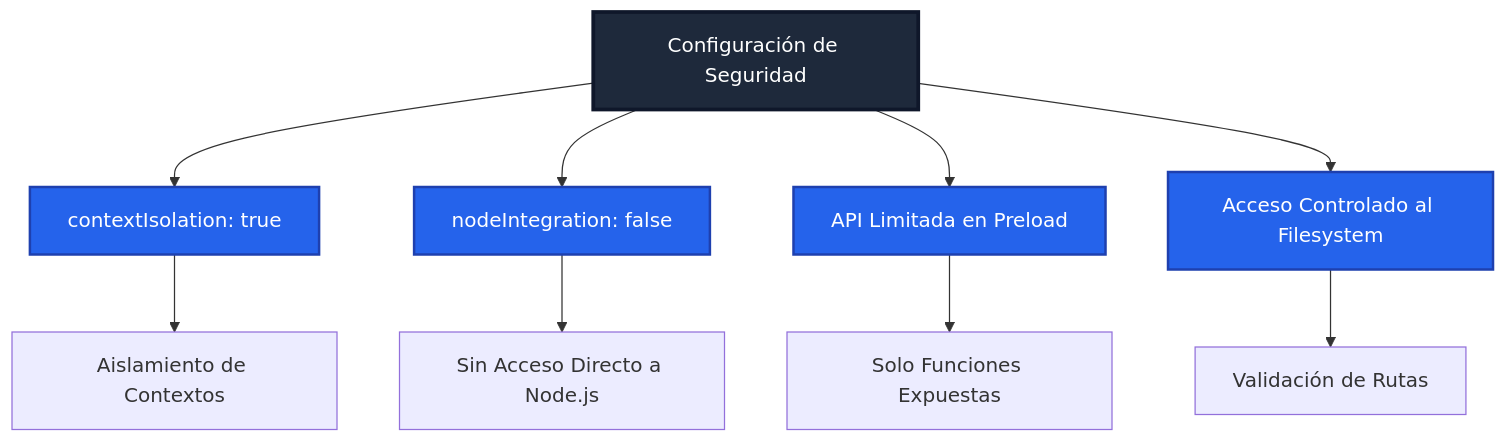
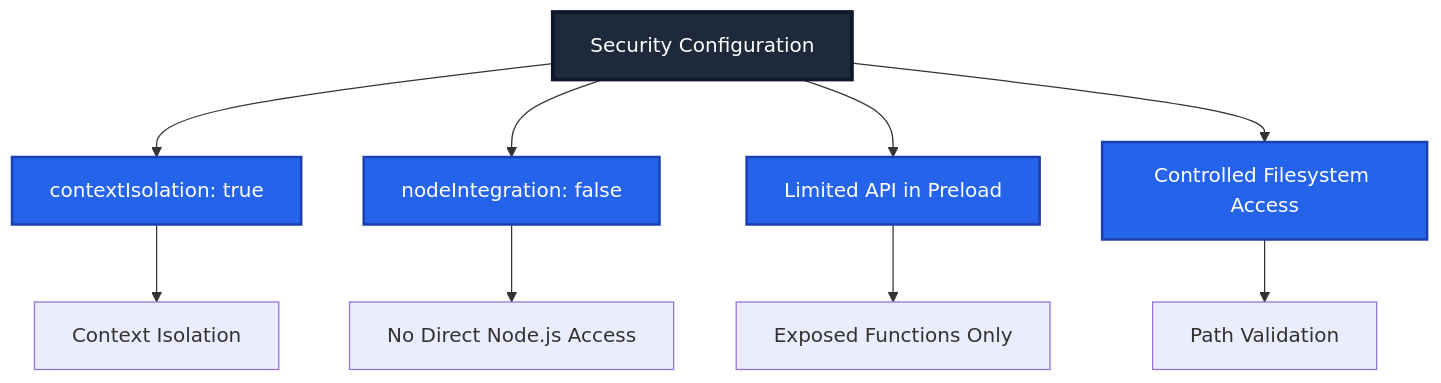
The seventh of 8 diagrams in docs/ARCHITECTURE.md (MohamedMusthaque/CeroCloud-Desktop), drawn with Mermaid before and after one commit. The commit also changed other lines of this file and 17 other files, not shown here.

````diff
--- a/docs/ARCHITECTURE.md
+++ b/docs/ARCHITECTURE.md
@@ -218,18 +218,18 @@
 ```mermaid
 graph TD
-    A[Configuración de Seguridad] --> B[contextIsolation: true]
+    A[Security Configuration] --> B[contextIsolation: true]
     A --> C[nodeIntegration: false]
-    A --> D[API Limitada en Preload]
-    A --> E[Acceso Controlado al Filesystem]
+    A --> D[Limited API in Preload]
+    A --> E[Controlled Filesystem Access]
     
-    B --> F[Aislamiento de Contextos]
-    C --> G[Sin Acceso Directo a Node.js]
-    D --> H[Solo Funciones Expuestas]
-    E --> I[Validación de Rutas]
+    B --> F[Context Isolation]
+    C --> G[No Direct Node.js Access]
+    D --> H[Exposed Functions Only]
+    E --> I[Path Validation]
     
     style A fill:#1e293b,stroke:#0f172a,stroke-width:3px,color:#fff
     style B fill:#2563eb,stroke:#1e40af,stroke-width:2px,color:#fff
     style C fill:#2563eb,stroke:#1e40af,stroke-width:2px,color:#fff
     style D fill:#2563eb,stroke:#1e40af,stroke-width:2px,color:#fff
     style E fill:#2563eb,stroke:#1e40af,stroke-width:2px,color:#fff
 ```
````
